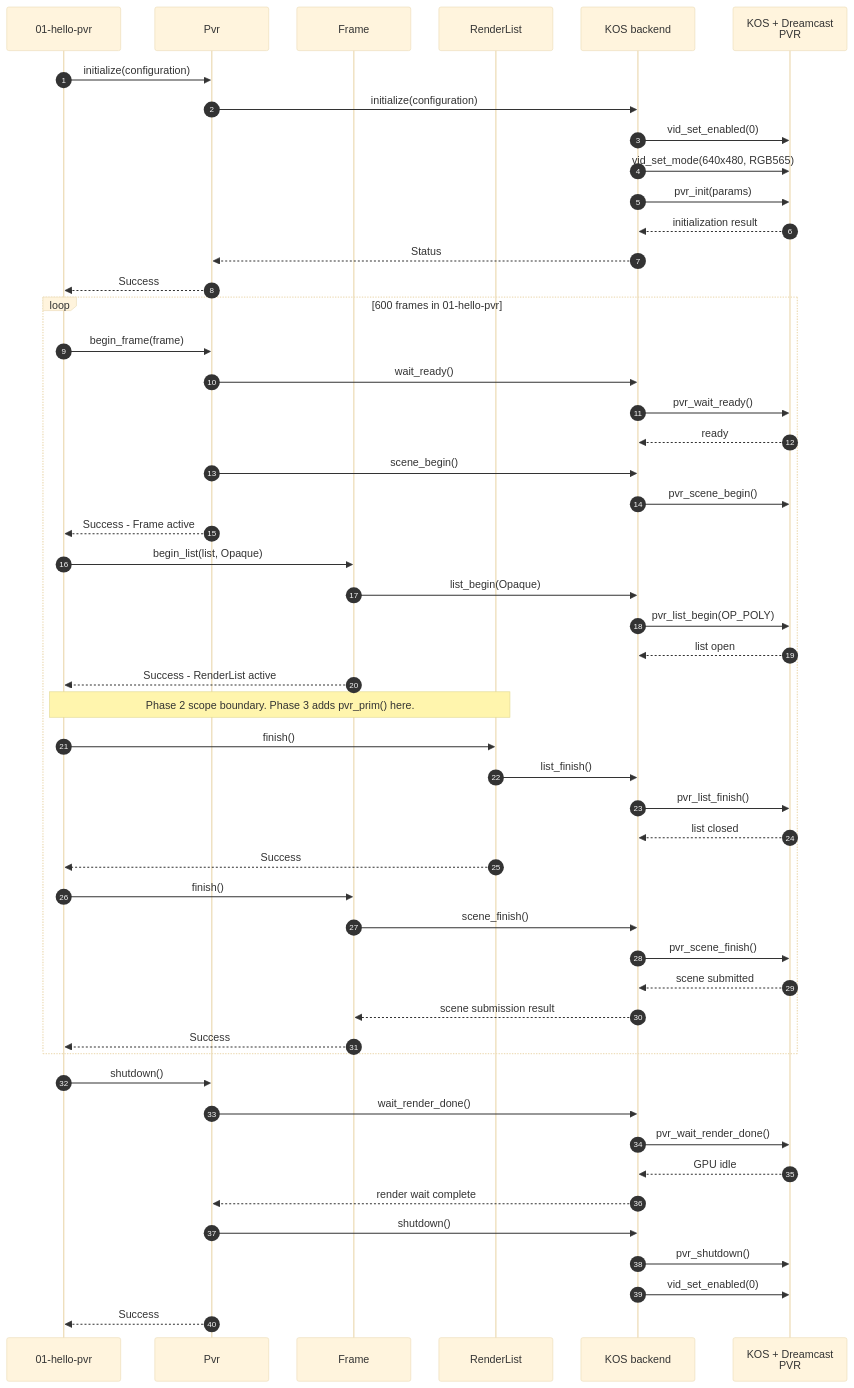
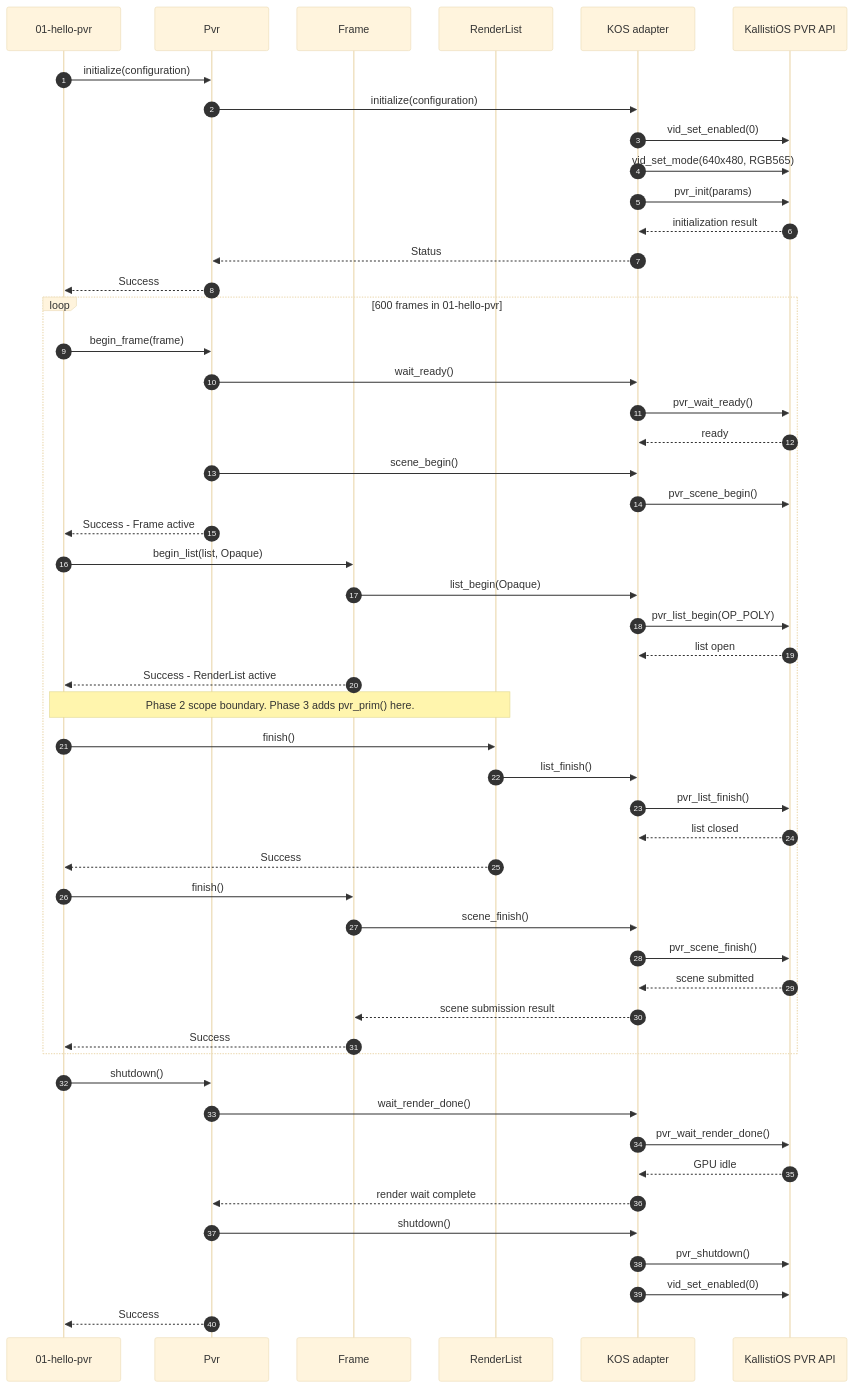
Before and after one commit to maishuji/maishuji-lab: the second of 2 diagrams in docs/architecture-diagrams.md, drawn with Mermaid. The commit also changed other lines of this file, not shown here.

First line of the commit message:
docs(diagrams): stack PVR architecture view

```diff
--- a/docs/architecture-diagrams.md
+++ b/docs/architecture-diagrams.md
@@ -65,61 +65,61 @@
 ~~~mermaid
 %%{init: {"theme": "base", "sequence": {"useMaxWidth": true, "wrap": true, "diagramMarginX": 28, "diagramMarginY": 18, "actorMargin": 42, "width": 170}}}%%
 sequenceDiagram
     autonumber
     participant App as 01-hello-pvr
     participant Pvr as Pvr
     participant Frame as Frame
     participant List as RenderList
-    participant Backend as KOS backend
-    participant KOS as KOS + Dreamcast PVR
+    participant Backend as KOS adapter
+    participant KOS as KallistiOS PVR API
 
     App->>Pvr: initialize(configuration)
     Pvr->>Backend: initialize(configuration)
     Backend->>KOS: vid_set_enabled(0)
     Backend->>KOS: vid_set_mode(640x480, RGB565)
     Backend->>KOS: pvr_init(params)
     KOS-->>Backend: initialization result
     Backend-->>Pvr: Status
     Pvr-->>App: Success
 
     loop 600 frames in 01-hello-pvr
         App->>Pvr: begin_frame(frame)
         Pvr->>Backend: wait_ready()
         Backend->>KOS: pvr_wait_ready()
         KOS-->>Backend: ready
         Pvr->>Backend: scene_begin()
         Backend->>KOS: pvr_scene_begin()
         Pvr-->>App: Success - Frame active
 
         App->>Frame: begin_list(list, Opaque)
         Frame->>Backend: list_begin(Opaque)
         Backend->>KOS: pvr_list_begin(OP_POLY)
         KOS-->>Backend: list open
         Frame-->>App: Success - RenderList active
 
         Note over App,List: Phase 2 scope boundary. Phase 3 adds pvr_prim() here.
 
         App->>List: finish()
         List->>Backend: list_finish()
         Backend->>KOS: pvr_list_finish()
         KOS-->>Backend: list closed
         List-->>App: Success
 
         App->>Frame: finish()
         Frame->>Backend: scene_finish()
         Backend->>KOS: pvr_scene_finish()
         KOS-->>Backend: scene submitted
         Backend-->>Frame: scene submission result
         Frame-->>App: Success
     end
 
     App->>Pvr: shutdown()
     Pvr->>Backend: wait_render_done()
     Backend->>KOS: pvr_wait_render_done()
     KOS-->>Backend: GPU idle
     Backend-->>Pvr: render wait complete
     Pvr->>Backend: shutdown()
     Backend->>KOS: pvr_shutdown()
     Backend->>KOS: vid_set_enabled(0)
     Pvr-->>App: Success
 ~~~
```
